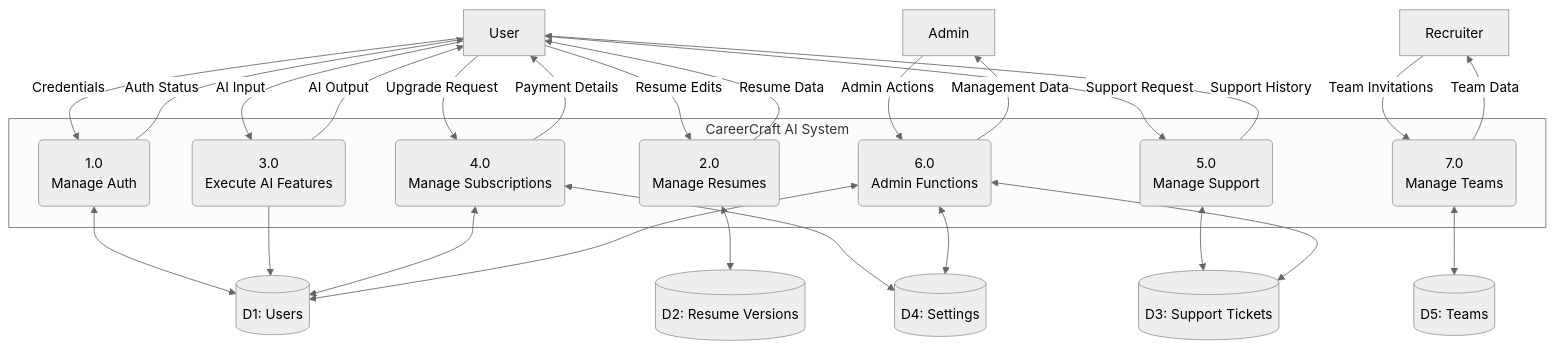
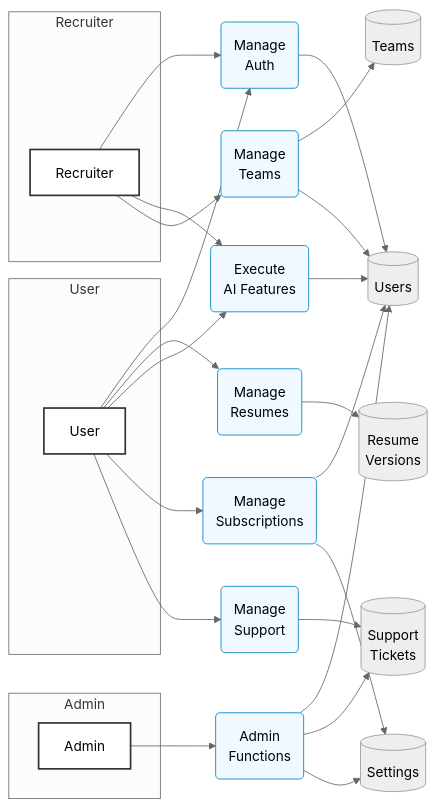
The second of 3 diagrams in PROJECT_REPORT.md (Hit246/carrercraftai), drawn with Mermaid (neutral theme) before and after one commit. The commit also changed other lines of this file, not shown here.

Commit message:
can we do first level DFD like this in top-down way or exactly this way?

````diff
--- a/PROJECT_REPORT.md
+++ b/PROJECT_REPORT.md
@@ -245,53 +245,53 @@
 ```mermaid
-graph TD
-    U[User]
-    R[Recruiter]
-    A[Admin]
-
-    subgraph "CareerCraft AI System"
-        P1("1.0<br>Manage Auth")
-        P2("2.0<br>Manage Resumes")
-        P3("3.0<br>Execute AI Features")
-        P4("4.0<br>Manage Subscriptions")
-        P5("5.0<br>Manage Support")
-        P6("6.0<br>Admin Functions")
-        P7("7.0<br>Manage Teams")
+graph LR
+    subgraph User
+        U[User]
+    end
+    
+    subgraph Recruiter
+        R[Recruiter]
+    end
+    
+    subgraph Admin
+        A[Admin]
     end
 
-    D1[("D1: Users")]
-    D2[("D2: Resume Versions")]
-    D3[("D3: Support Tickets")]
-    D4[("D4: Settings")]
-    D5[("D5: Teams")]
+    P1(Manage<br>Auth)
+    P2(Manage<br>Resumes)
+    P3(Execute<br>AI Features)
+    P4(Manage<br>Subscriptions)
+    P5(Manage<br>Support)
+    P7(Manage<br>Teams)
+    P6(Admin<br>Functions)
 
-    U -- "Credentials" --> P1
-    P1 -- "Auth Status" --> U
-    P1 <--> D1
+    D1[("Users")]
+    D2[("Resume<br>Versions")]
+    D3[("Support<br>Tickets")]
+    D4[("Settings")]
+    D5[("Teams")]
 
-    U -- "Resume Edits" --> P2
-    P2 -- "Resume Data" --> U
-    P2 <--> D2
+    U --> P1 & P2 & P3 & P4 & P5
+    R --> P1 & P3 & P7
+    A --> P6
 
-    U -- "AI Input" --> P3
-    P3 -- "AI Output" --> U
+    P1 --> D1
+    P2 --> D2
     P3 --> D1
+    P4 --> D1
+    P4 --> D4
+    P5 --> D3
+    P7 --> D5 & D1
+    P6 --> D1 & D3 & D4
 
-    U -- "Upgrade Request" --> P4
-    P4 -- "Payment Details" --> U
-    P4 <--> D1
-    P4 <--> D4
-    
-    U -- "Support Request" --> P5
-    P5 -- "Support History" --> U
-    P5 <--> D3
+    style U fill:#fff,stroke:#333,stroke-width:2px
+    style R fill:#fff,stroke:#333,stroke-width:2px
+    style A fill:#fff,stroke:#333,stroke-width:2px
 
-    R -- "Team Invitations" --> P7
-    P7 -- "Team Data" --> R
-    P7 <--> D5
-
-    A -- "Admin Actions" --> P6
-    P6 -- "Management Data" --> A
-    P6 <--> D1
-    P6 <--> D3
-    P6 <--> D4
+    style P1 fill:#f0f9ff,stroke:#0284c7
+    style P2 fill:#f0f9ff,stroke:#0284c7
+    style P3 fill:#f0f9ff,stroke:#0284c7
+    style P4 fill:#f0f9ff,stroke:#0284c7
+    style P5 fill:#f0f9ff,stroke:#0284c7
+    style P6 fill:#f0f9ff,stroke:#0284c7
+    style P7 fill:#f0f9ff,stroke:#0284c7
 ```
````
